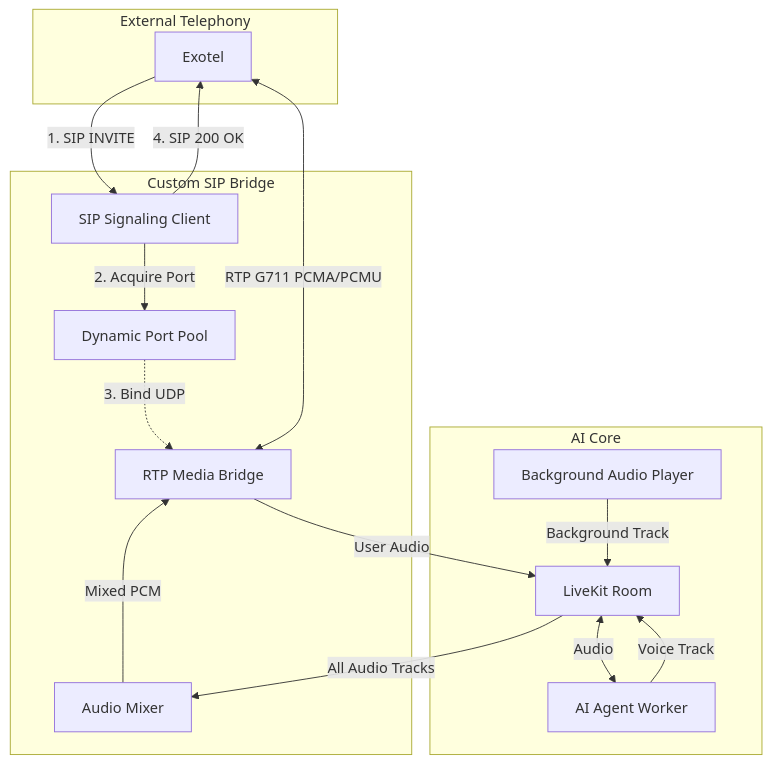
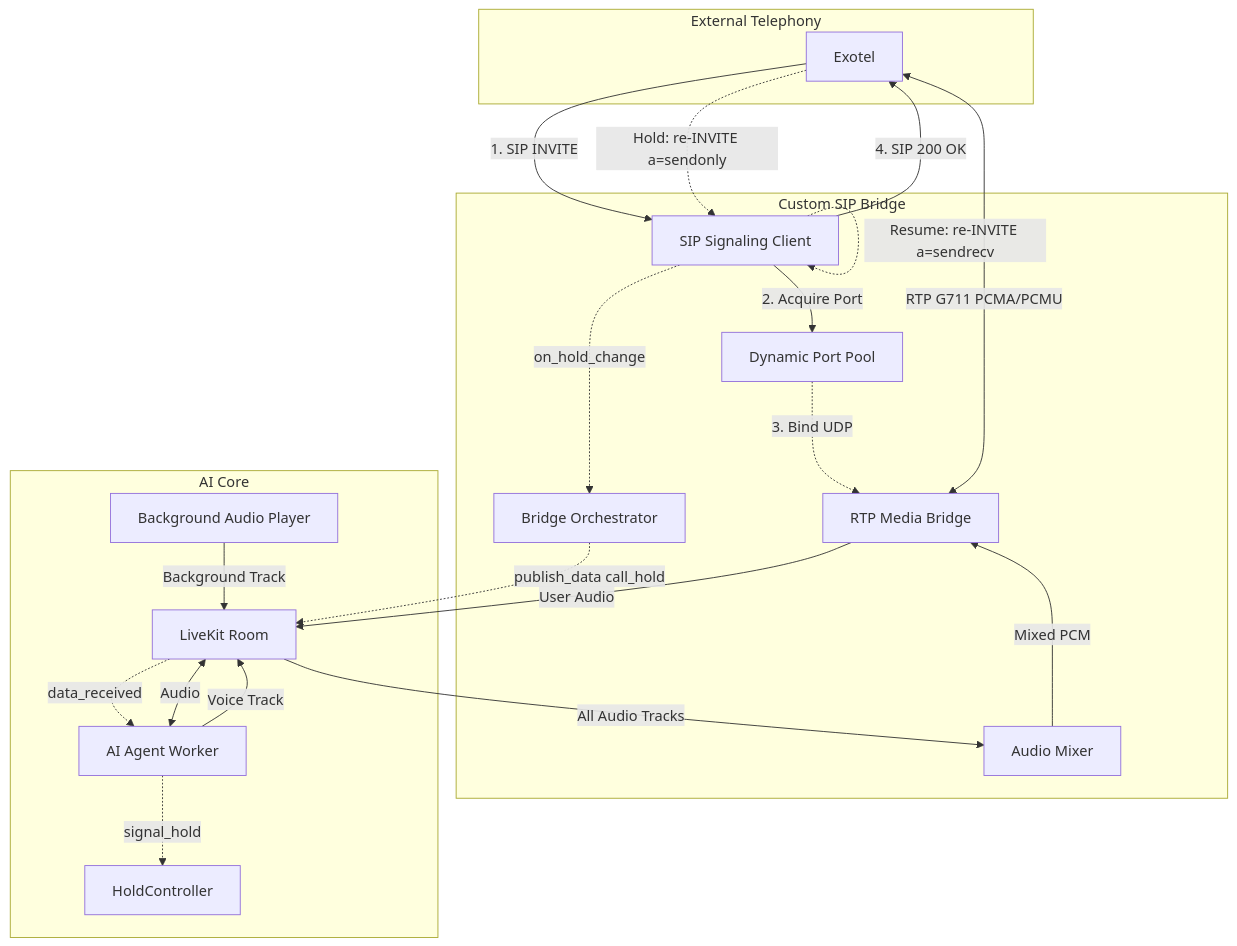
The third of 5 diagrams in docs/architecture.md (ShubhamX-AI/api_livekit), drawn with Mermaid before and after one commit. The commit also changed other lines of this file and 7 other files, not shown here.

````diff
--- a/docs/architecture.md
+++ b/docs/architecture.md
@@ -82,32 +82,40 @@
 ```mermaid
 graph TD
     subgraph External Telephony
         Exo[Exotel]
     end
 
     subgraph Custom SIP Bridge
         SIP[SIP Signaling Client]
         RTP[RTP Media Bridge]
         Mixer[Audio Mixer]
         Port[Dynamic Port Pool]
+        Bridge[Bridge Orchestrator]
     end
 
     subgraph AI Core
         LKR[LiveKit Room]
         Agent[AI Agent Worker]
         BG[Background Audio Player]
+        HC[HoldController]
     end
 
     Exo -->|1. SIP INVITE| SIP
     SIP -->|2. Acquire Port| Port
     Port -.->|3. Bind UDP| RTP
     SIP -->|4. SIP 200 OK| Exo
+    Exo -.->|Hold: re-INVITE a=sendonly| SIP
+    SIP -.->|Resume: re-INVITE a=sendrecv| SIP
+    SIP -.->|on_hold_change| Bridge
+    Bridge -.->|publish_data call_hold| LKR
+    LKR -.->|data_received| Agent
+    Agent -.->|signal_hold| HC
 
     Exo <-->|RTP G711 PCMA/PCMU| RTP
     Agent -->|Voice Track| LKR
     BG -->|Background Track| LKR
     LKR -->|All Audio Tracks| Mixer
     Mixer -->|Mixed PCM| RTP
     RTP -->|User Audio| LKR
     LKR <-->|Audio| Agent
 ```
````
